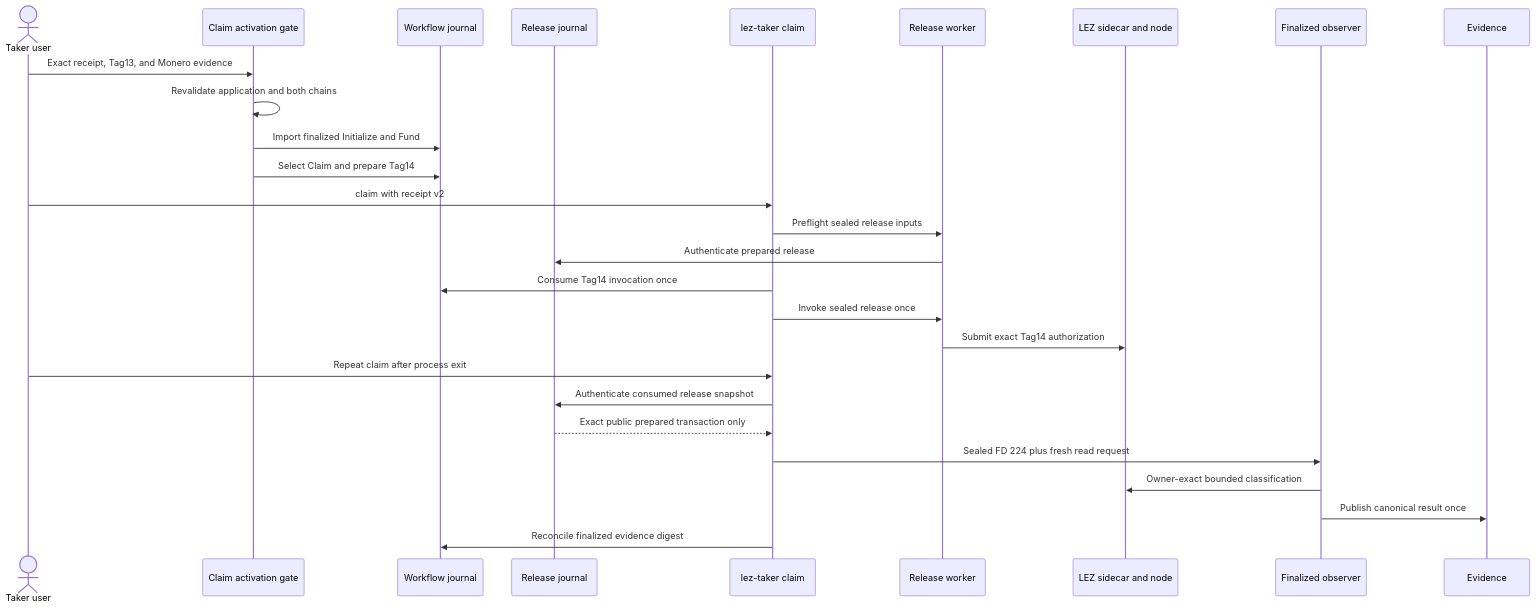
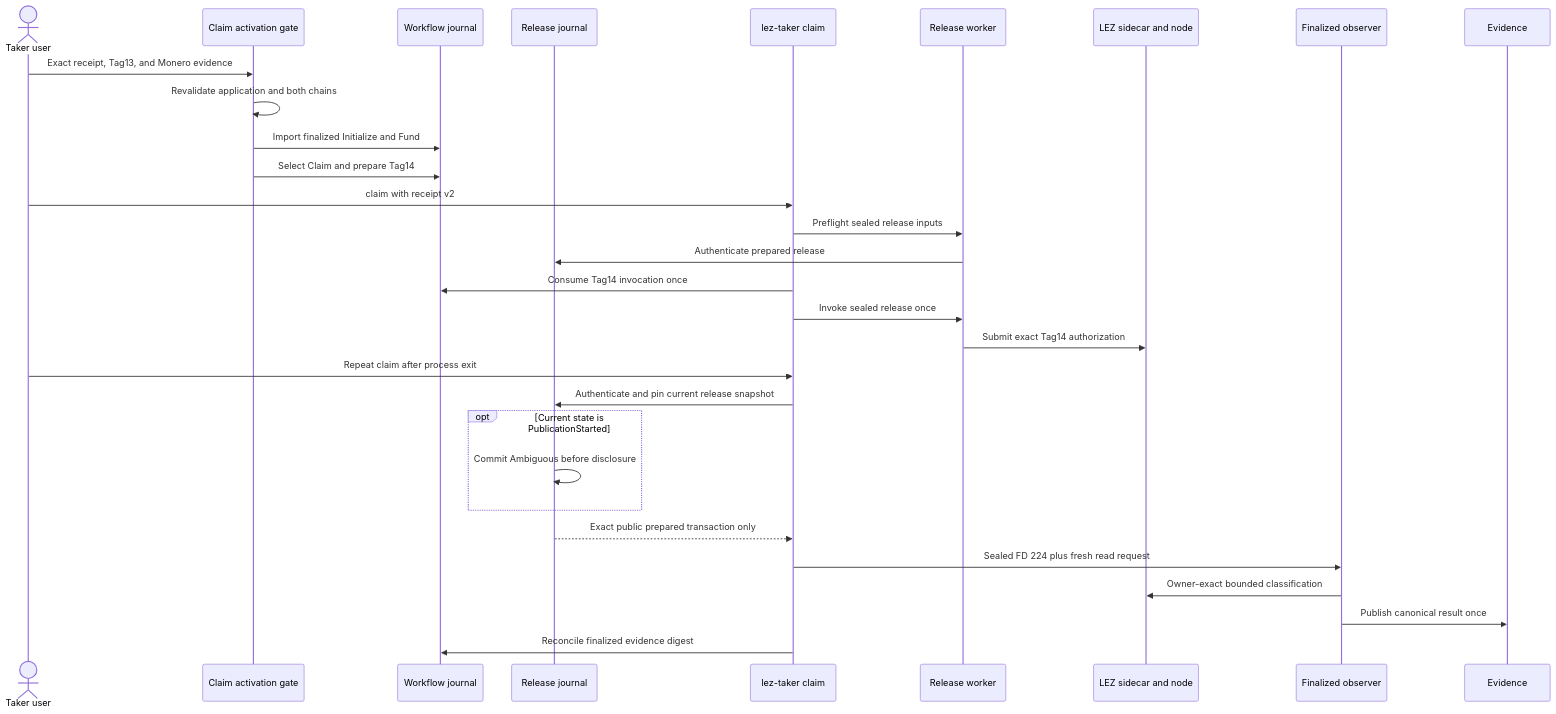
One commit to gateway-fm/lez-atomic-swaps changed the second of 2 diagrams in docs/architecture/0173-activate-and-observe-taker-tag14-from-receipt-v2.md. Above: the diagram before and after it, drawn with Mermaid. The commit also changed other lines of this file and 3 other files, not shown here.

````diff
--- a/docs/architecture/0173-activate-and-observe-taker-tag14-from-receipt-v2.md
+++ b/docs/architecture/0173-activate-and-observe-taker-tag14-from-receipt-v2.md
@@ -61,29 +62,32 @@
 ```mermaid
 sequenceDiagram
     actor User as Taker user
     participant Gate as Claim activation gate
     participant W as Workflow journal
     participant R as Release journal
     participant CLI as lez-taker claim
     participant S as Release worker
     participant L as LEZ sidecar and node
     participant O as Finalized observer
 
     User->>Gate: Exact receipt, Tag13, and Monero evidence
     Gate->>Gate: Revalidate application and both chains
     Gate->>W: Import finalized Initialize and Fund
     Gate->>W: Select Claim and prepare Tag14
     User->>CLI: claim with receipt v2
     CLI->>S: Preflight sealed release inputs
     S->>R: Authenticate prepared release
     CLI->>W: Consume Tag14 invocation once
     CLI->>S: Invoke sealed release once
     S->>L: Submit exact Tag14 authorization
     User->>CLI: Repeat claim after process exit
-    CLI->>R: Authenticate consumed release snapshot
+    CLI->>R: Authenticate and pin current release snapshot
+    opt Current state is PublicationStarted
+        R->>R: Commit Ambiguous before disclosure
+    end
     R-->>CLI: Exact public prepared transaction only
     CLI->>O: Sealed FD 224 plus fresh read request
     O->>L: Owner-exact bounded classification
     O->>Evidence: Publish canonical result once
     CLI->>W: Reconcile finalized evidence digest
 ```
````
